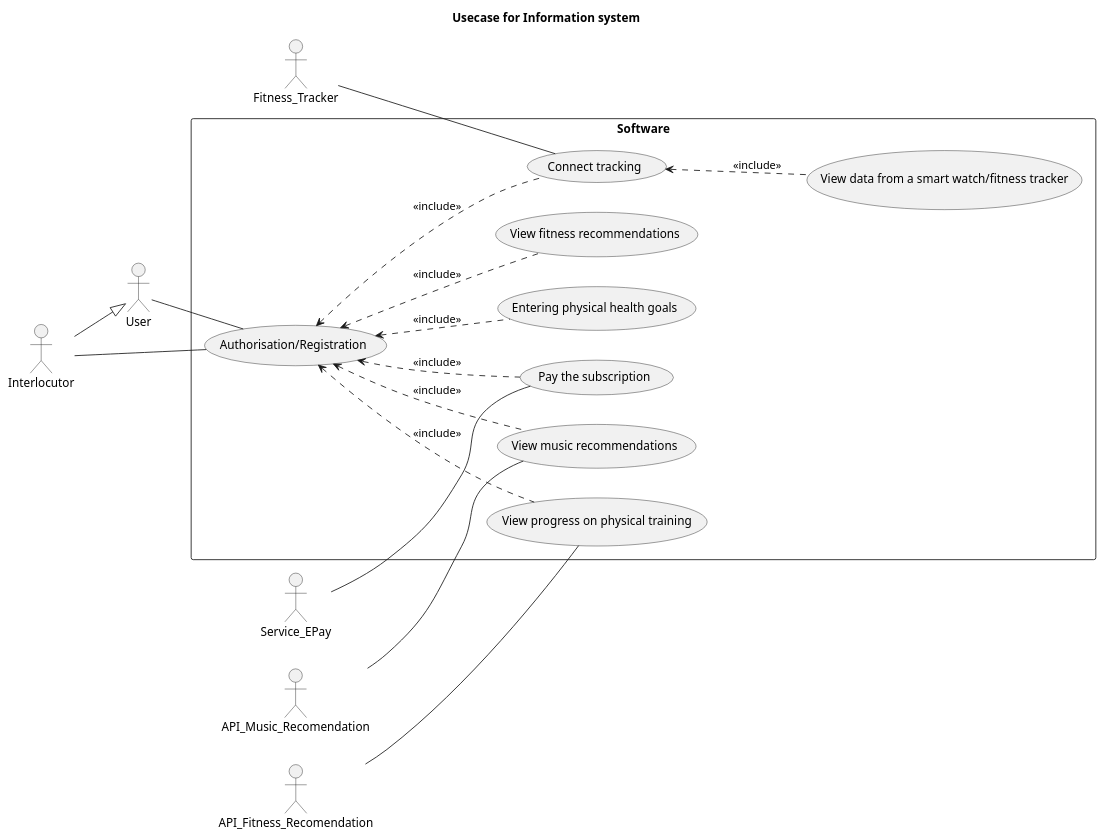
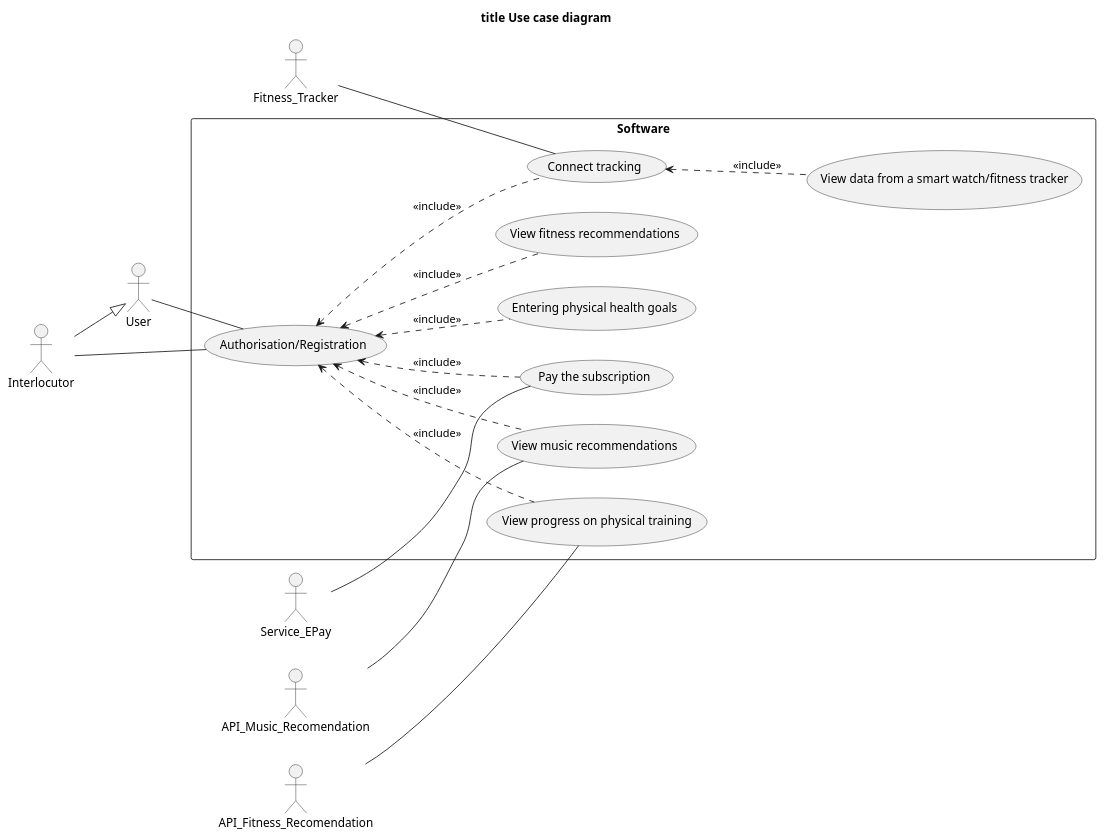
Before and after one commit to oleksandrblazhko/ai202-prokopenko: the diagram in 2-SoftwareDesign/2.7-PlantUML/UML-ConceptClasses.puml, drawn with PlantUML.

```diff
--- a/2-SoftwareDesign/2.7-PlantUML/UML-ConceptClasses.puml
+++ b/2-SoftwareDesign/2.7-PlantUML/UML-ConceptClasses.puml
@@ -1,28 +1,28 @@
 @startuml 
-title Usecase for Information system
+title title Use case diagram
 left to right direction
 skinparam packageStyle rect
 actor User
 actor Interlocutor
 actor Fitness_Tracker
 actor Service_EPay
 actor API_Music_Recomendation
 actor API_Fitness_Recomendation
 rectangle Software {
   User -- (Authorisation/Registration)
   Interlocutor -- (Authorisation/Registration)
   Fitness_Tracker -- (Connect tracking)
   Service_EPay -- (Pay the subscription)
   API_Music_Recomendation -- (View music recommendations)
   API_Fitness_Recomendation -- (View progress on physical training)
   Interlocutor --|> User
 
   (Connect tracking) <.. (View data from a smart watch/fitness tracker) : <<include>>
   (Authorisation/Registration) <.. (Connect tracking) : <<include>>
   (Authorisation/Registration) <.. (Entering physical health goals) : <<include>>
   (Authorisation/Registration) <.. (View progress on physical training) : <<include>>
   (Authorisation/Registration) <.. (View music recommendations) : <<include>>
   (Authorisation/Registration) <.. (View fitness recommendations) : <<include>>
   (Authorisation/Registration) <.. (Pay the subscription) : <<include>>
 }
 @enduml
```
